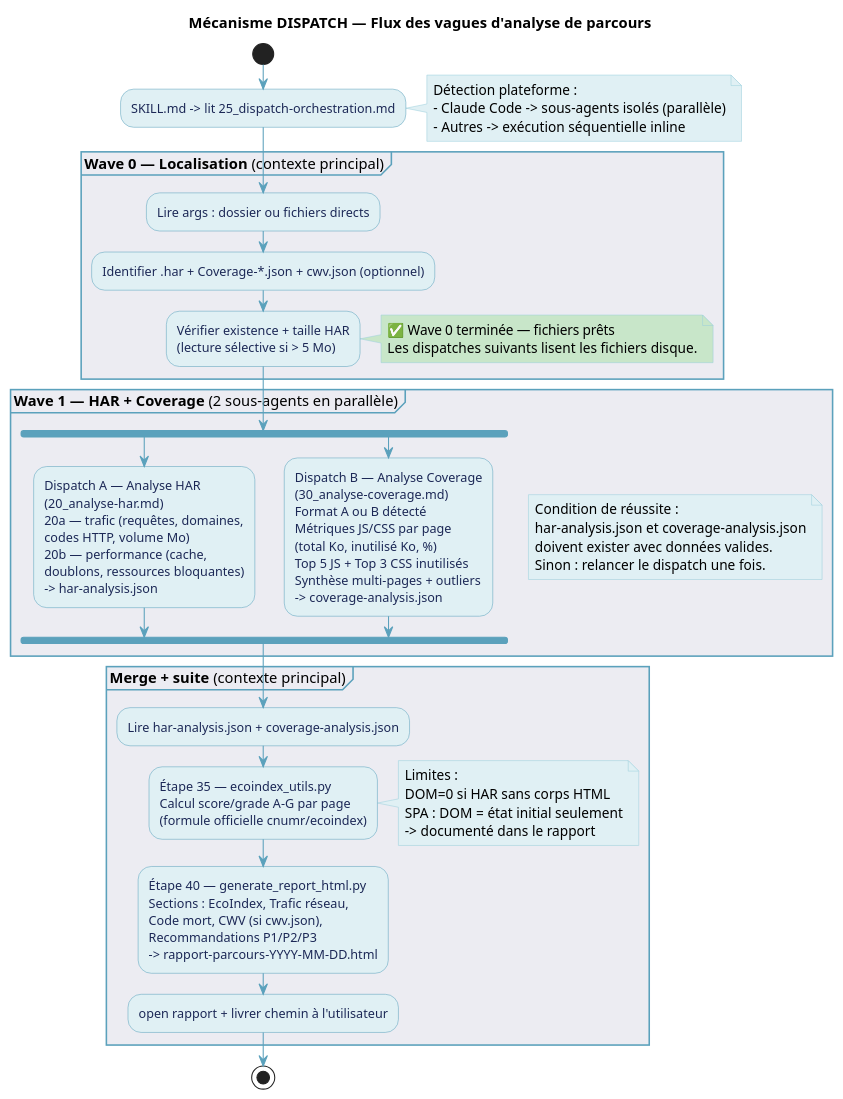
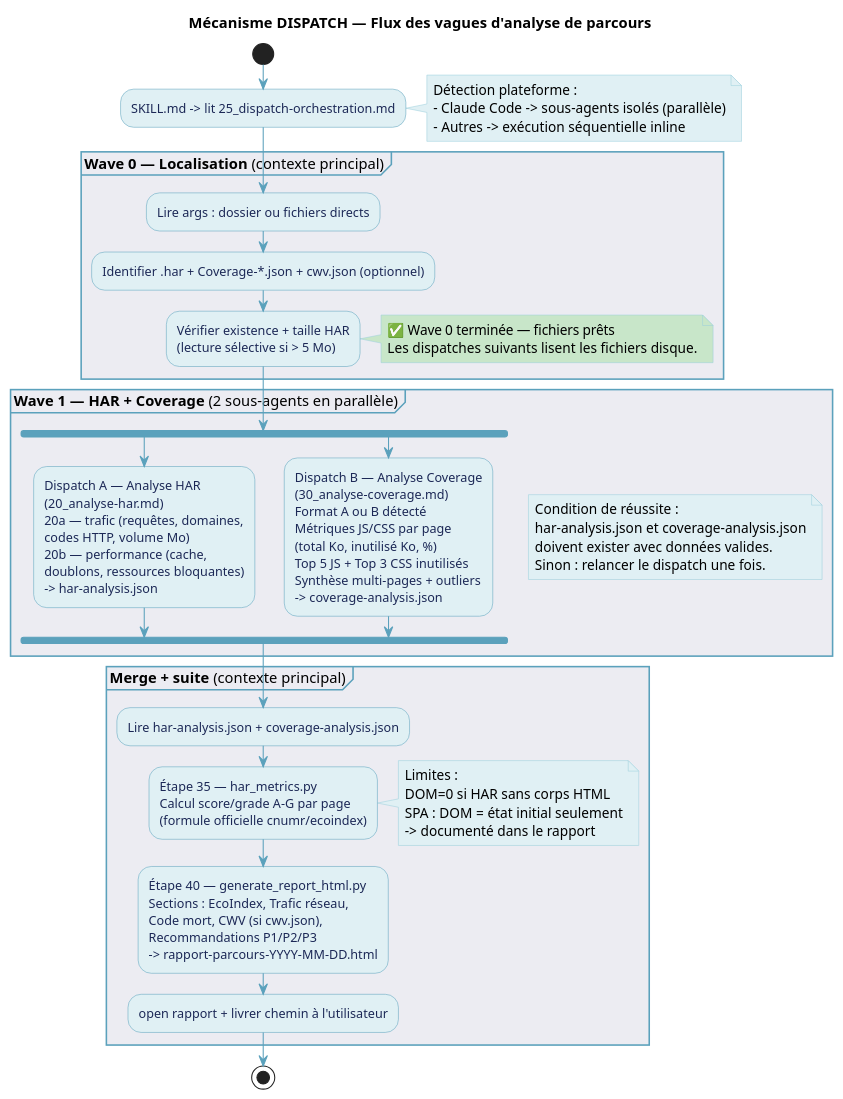
Before and after one commit to Boavizta/eroom: the fourth of 5 diagrams in .claude/skills/diagrammes-analyse-parcours/SKILL.md, drawn with PlantUML. The commit also changed other lines of this file and 7 other files, not shown here.

Commit message:
feat(rapport): renommage har_metrics, CWV toutes pages, numérotation P1-Pn, recommandations CWV synthétiques, Lighthouse auto depuis HAR

```diff
--- a/.claude/skills/diagrammes-analyse-parcours/SKILL.md
+++ b/.claude/skills/diagrammes-analyse-parcours/SKILL.md
@@ -383,7 +383,7 @@
 
 partition "**Merge + suite** (contexte principal)" {
   :Lire har-analysis.json + coverage-analysis.json;
-  :Étape 35 — ecoindex_utils.py
+  :Étape 35 — har_metrics.py
   Calcul score/grade A-G par page
   (formule officielle cnumr/ecoindex);
 
```
